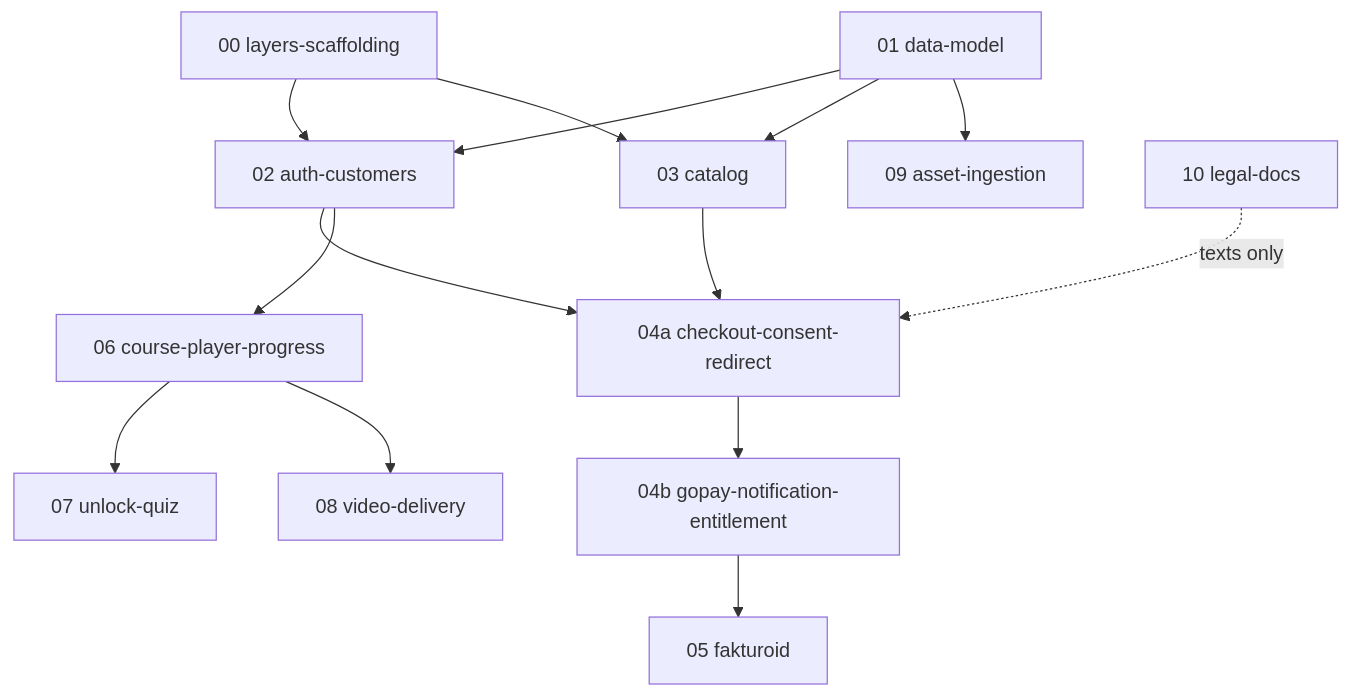
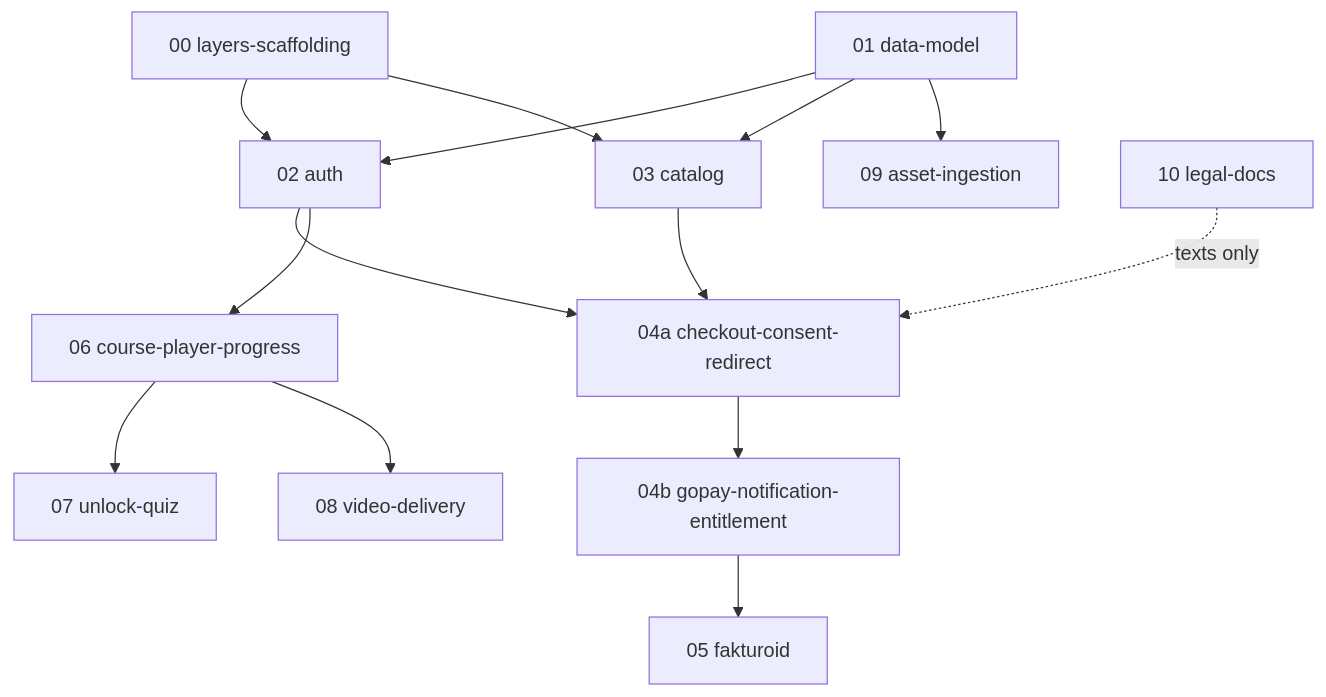
One commit to lttr/jedlik-nejedlik changed the diagram in .aiwork/2026-06-09_kurzy-platforma/implementation-areas.md. Above: the diagram before and after it, drawn with Mermaid. The commit also changed other lines of this file and 10 other files, not shown here.

First line of the commit message:
docs(auth): incorporate the rework brief and rename the customers layer to auth

````diff
--- a/.aiwork/2026-06-09_kurzy-platforma/implementation-areas.md
+++ b/.aiwork/2026-06-09_kurzy-platforma/implementation-areas.md
@@ -9,24 +9,24 @@
 ```mermaid
 graph TD
     A0[00 layers-scaffolding]
     A1[01 data-model]
-    A2[02 auth-customers]
+    A2[02 auth]
     A3[03 catalog]
     A4a[04a checkout-consent-redirect]
     A4b[04b gopay-notification-entitlement]
     A5[05 fakturoid]
     A6[06 course-player-progress]
     A7[07 unlock-quiz]
     A8[08 video-delivery]
     A9[09 asset-ingestion]
     A10[10 legal-docs]
 
     A0 --> A2 & A3
     A1 --> A2 & A3 & A9
     A2 --> A4a & A6
     A3 --> A4a
     A4a --> A4b
     A4b --> A5
     A6 --> A7 & A8
     A10 -.->|texts only| A4a
 ```
````
